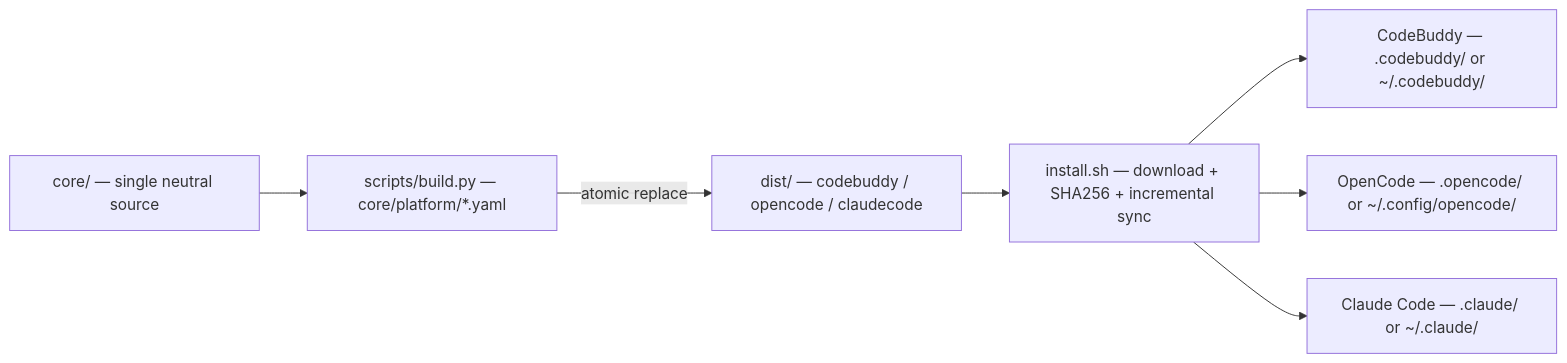
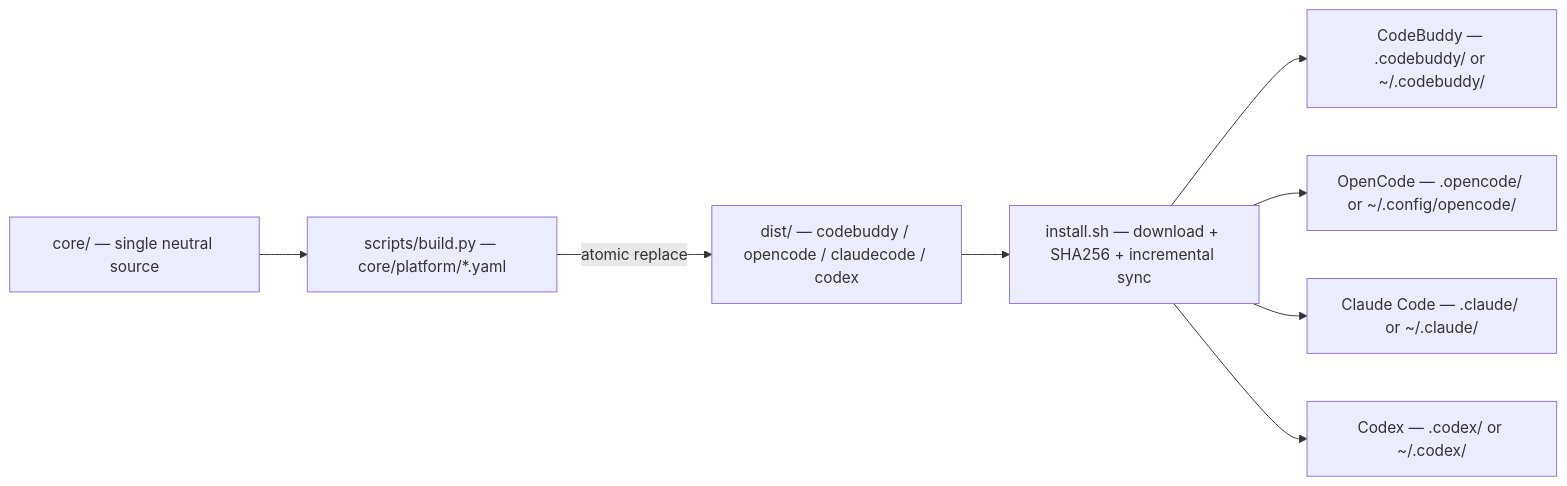
One commit to fxdgg/BudgetBuddy changed the second of 2 diagrams in README.md. Above: the diagram before and after it, drawn with Mermaid. The commit also changed other lines of this file and 154 other files, not shown here.

````diff
--- a/README.md
+++ b/README.md
@@ -181,9 +235,10 @@
 ```mermaid
 flowchart LR
     CORE["core/ — single neutral source"] --> BP["scripts/build.py — core/platform/*.yaml"]
-    BP -->|"atomic replace"| DIST["dist/ — codebuddy / opencode / claudecode"]
+    BP -->|"atomic replace"| DIST["dist/ — codebuddy / opencode / claudecode / codex"]
     DIST --> INST["install.sh — download + SHA256 + incremental sync"]
     INST --> CB["CodeBuddy — .codebuddy/ or ~/.codebuddy/"]
     INST --> OC["OpenCode — .opencode/ or ~/.config/opencode/"]
     INST --> CC["Claude Code — .claude/ or ~/.claude/"]
+    INST --> CX["Codex — .codex/ or ~/.codex/"]
 ```
````
